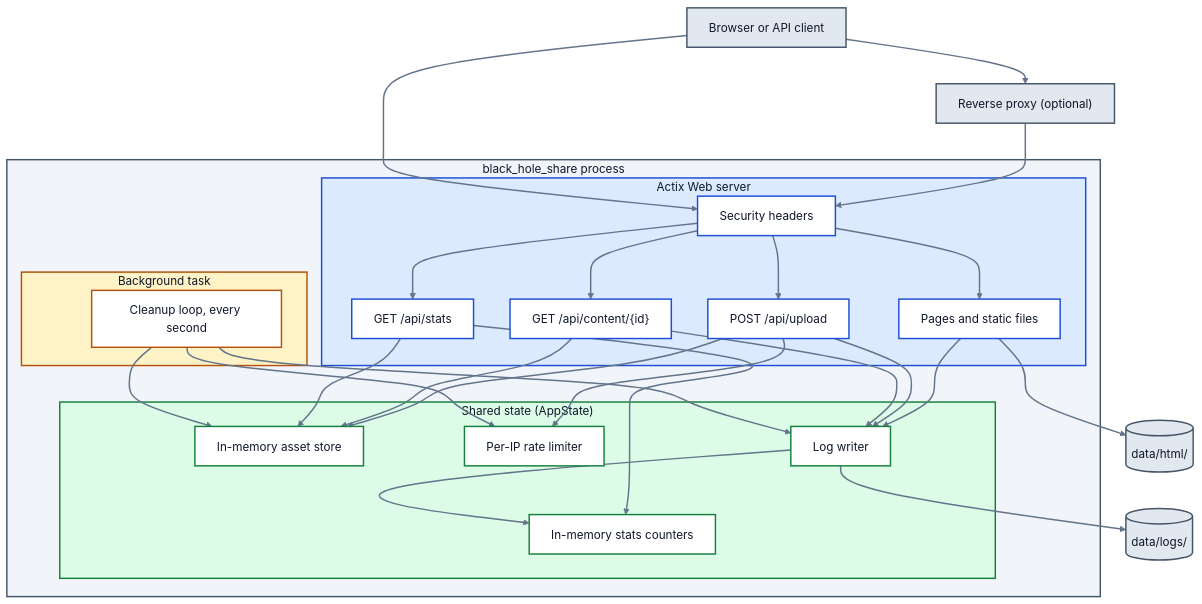
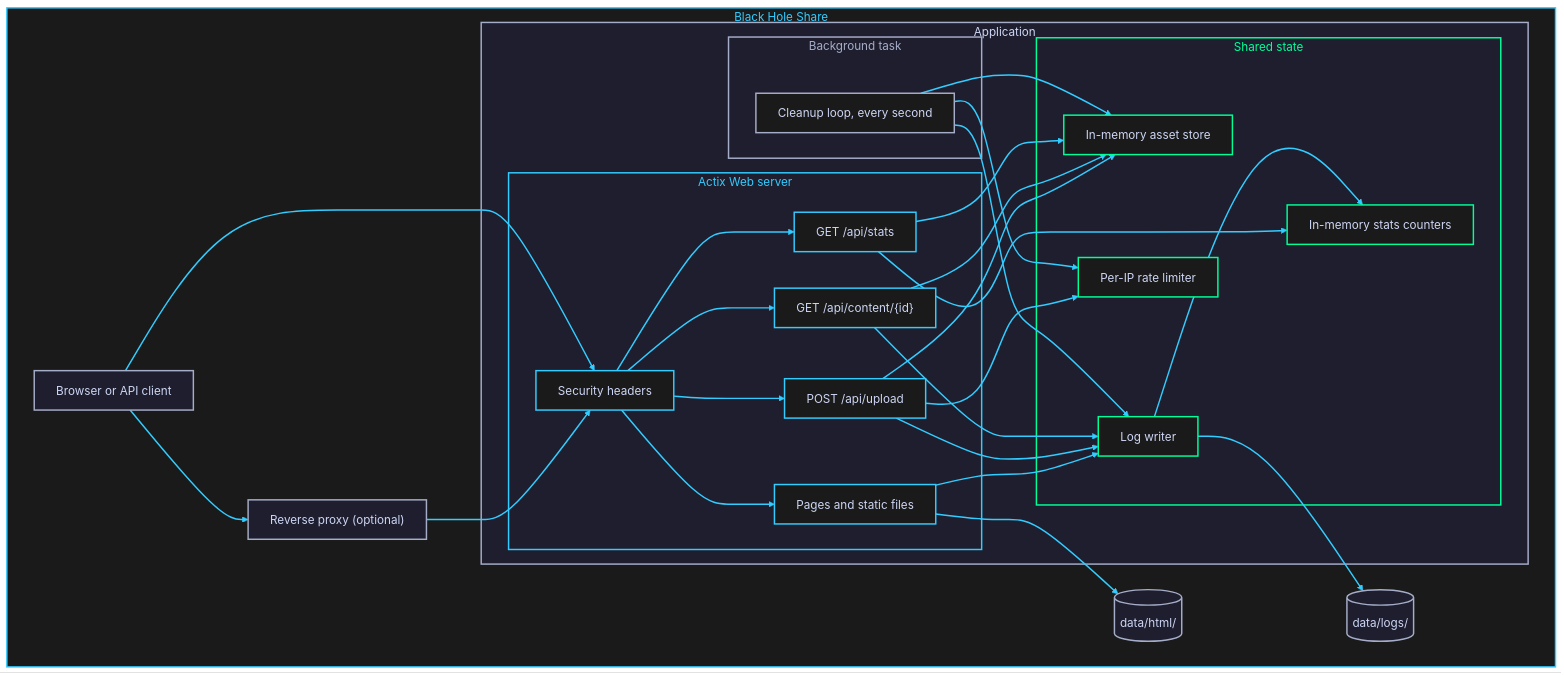
One commit to icsboyx/black_hole_share changed the diagram in docs/block-diagram.md. Above: the diagram before and after it, drawn with Mermaid.

Commit message:
Refactor block diagram for improved clarity and consistency

````diff
--- a/docs/block-diagram.md
+++ b/docs/block-diagram.md
@@ -3,75 +3,78 @@
 ```mermaid
-%%{init: {"theme": "base", "themeVariables": {"lineColor": "#64748b"}}}%%
+%%{init: {"theme": "base", "themeVariables": {"lineColor": "#33ccff", "fontFamily": "JetBrains Mono, Fira Code, monospace"}, "flowchart": {"wrappingWidth": 400}}}%%
 flowchart TD
-    Client["Browser or API client"]
-    Proxy["Reverse proxy (optional)"]
-    HtmlFiles[("data/html/")]
-    LogFiles[("data/logs/")]
+    subgraph Overview["Black Hole Share"]
+        Client["Browser or API client"]
+        Proxy["Reverse proxy (optional)"]
+        HtmlFiles[("data/html/")]
+        LogFiles[("data/logs/")]
 
-    subgraph Process["black_hole_share process"]
-        subgraph Web["Actix Web server"]
-            Headers["Security headers"]
-            Pages["Pages and static files"]
-            Upload["POST /api/upload"]
-            Content["GET /api/content/{id}"]
-            Stats["GET /api/stats"]
-        end
+        subgraph Process["Application"]
+            subgraph Web["Actix Web server"]
+                Headers["Security headers"]
+                Pages["Pages and static files"]
+                Upload["POST /api/upload"]
+                Content["GET /api/content/{id}"]
+                Stats["GET /api/stats"]
+            end
 
-        subgraph Background["Background task"]
-            Cleanup["Cleanup loop, every second"]
-        end
+            subgraph Background["Background task"]
+                Cleanup["Cleanup loop, every second"]
+            end
 
-        subgraph State["Shared state (AppState)"]
-            Store["In-memory asset store"]
-            Limit["Per-IP rate limiter"]
-            Logger["Log writer"]
-            Counters["In-memory stats counters"]
+            subgraph State["Shared state"]
+                Store["In-memory asset store"]
+                Limit["Per-IP rate limiter"]
+                Logger["Log writer"]
+                Counters["In-memory stats counters"]
+            end
         end
     end
 
     Client --> Proxy
     Proxy --> Headers
     Client --> Headers
 
     Headers --> Pages
     Headers --> Upload
     Headers --> Content
     Headers --> Stats
 
     Pages --> HtmlFiles
     Pages --> Logger
 
     Upload --> Limit
     Upload --> Store
     Upload --> Logger
 
     Content --> Store
     Content --> Logger
 
     Stats --> Store
     Stats --> Counters
 
     Cleanup --> Store
     Cleanup --> Limit
     Cleanup --> Logger
 
     Logger --> Counters
     Logger --> LogFiles
 
-    classDef external fill:#e2e8f0,stroke:#475569,stroke-width:2px,color:#0f172a
-    classDef web fill:#ffffff,stroke:#1d4ed8,stroke-width:2px,color:#0f172a
-    classDef task fill:#ffffff,stroke:#b45309,stroke-width:2px,color:#0f172a
-    classDef state fill:#ffffff,stroke:#15803d,stroke-width:2px,color:#0f172a
+    classDef external fill:#1e1e2e,stroke:#a6adc8,stroke-width:2px,color:#cdd6f4
+    classDef web fill:#1a1a1a,stroke:#33ccff,stroke-width:2px,color:#cdd6f4
+    classDef task fill:#1a1a1a,stroke:#a6adc8,stroke-width:2px,color:#cdd6f4
+    classDef state fill:#1a1a1a,stroke:#00ff99,stroke-width:2px,color:#cdd6f4
 
     class Client,Proxy,HtmlFiles,LogFiles external
     class Headers,Pages,Upload,Content,Stats web
     class Cleanup task
     class Store,Limit,Logger,Counters state
 
-    style Process fill:#f1f5f9,stroke:#475569,stroke-width:2px,color:#0f172a
-    style Web fill:#dbeafe,stroke:#1d4ed8,stroke-width:2px,color:#0f172a
-    style Background fill:#fef3c7,stroke:#b45309,stroke-width:2px,color:#0f172a
-    style State fill:#dcfce7,stroke:#15803d,stroke-width:2px,color:#0f172a
+    style Overview fill:#1a1a1a,stroke:#33ccff,stroke-width:2px,color:#33ccff
+    style Process fill:#1e1e2e,stroke:#a6adc8,stroke-width:2px,color:#cdd6f4
+    style Web fill:#1e1e2e,stroke:#33ccff,stroke-width:2px,color:#33ccff
+    style Background fill:#1e1e2e,stroke:#a6adc8,stroke-width:2px,color:#a6adc8
+    style State fill:#1e1e2e,stroke:#00ff99,stroke-width:2px,color:#00ff99
 
-    linkStyle default stroke:#64748b,stroke-width:2px
+    linkStyle default stroke:#33ccff,stroke-width:2px
 ```
````
